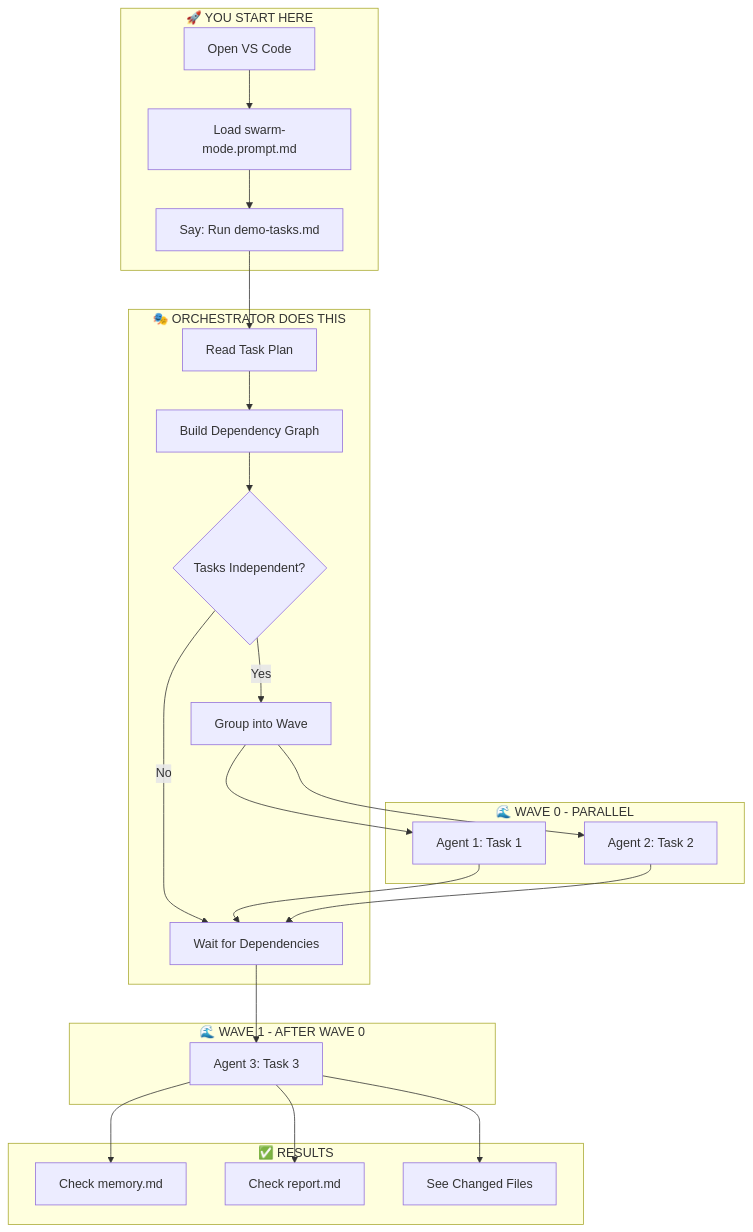
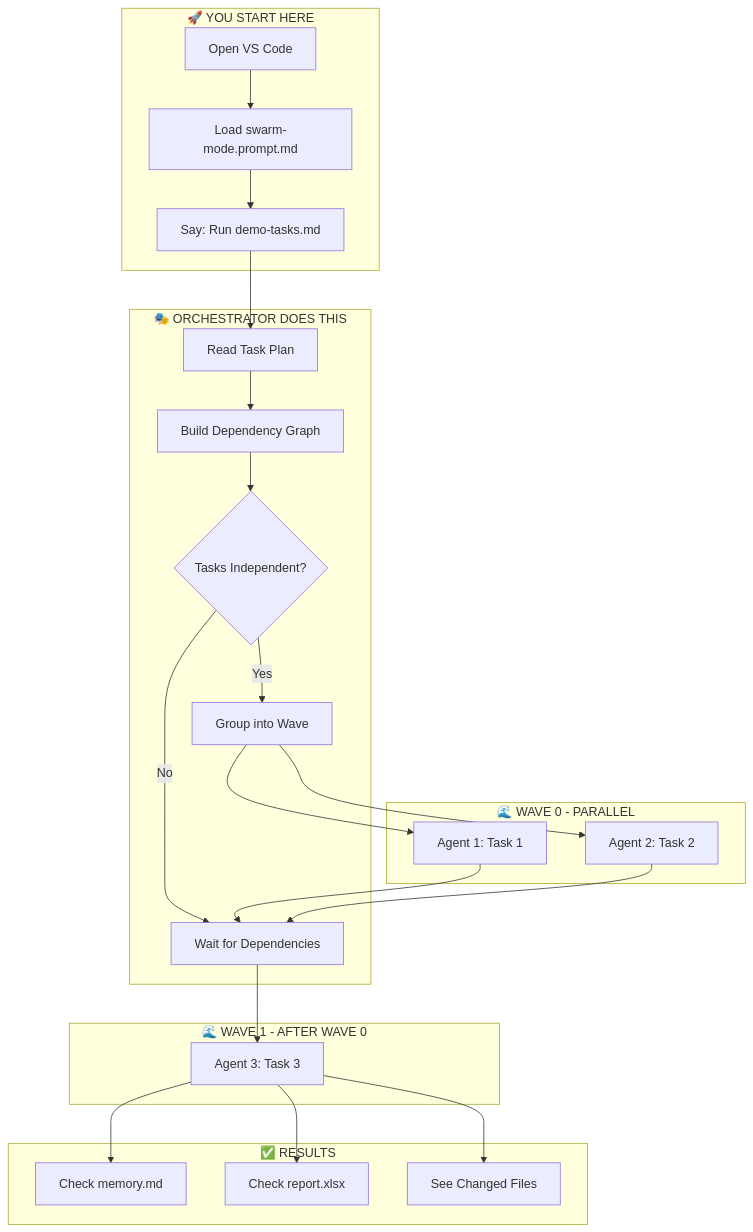
One commit to lenvolk/simplepetapp changed the first of 5 diagrams in README.md. Above: the diagram before and after it, drawn with Mermaid. The commit also changed other lines of this file and 8 other files, not shown here.

Commit message:
Update report format: Replace report.md with report.xlsx for execution summaries and metrics

````diff
--- a/README.md
+++ b/README.md
@@ -48,35 +48,35 @@
 ```mermaid
 flowchart TB
     subgraph START ["🚀 YOU START HERE"]
         A[Open VS Code] --> B[Load swarm-mode.prompt.md]
         B --> C["Say: Run demo-tasks.md"]
     end
     
     subgraph ORCHESTRATOR ["🎭 ORCHESTRATOR DOES THIS"]
         D[Read Task Plan] --> E[Build Dependency Graph]
         E --> F{Tasks Independent?}
         F -->|Yes| G[Group into Wave]
         F -->|No| H[Wait for Dependencies]
     end
     
     subgraph WAVE0 ["🌊 WAVE 0 - PARALLEL"]
         I[Agent 1: Task 1]
         J[Agent 2: Task 2]
     end
     
     subgraph WAVE1 ["🌊 WAVE 1 - AFTER WAVE 0"]
         K[Agent 3: Task 3]
     end
     
     subgraph FINISH ["✅ RESULTS"]
         L[Check memory.md]
-        M[Check report.md]
+        M[Check report.xlsx]
         N[See Changed Files]
     end
     
     C --> D
     G --> I & J
     I & J --> H
     H --> K
     K --> L & M & N
 ```
````
